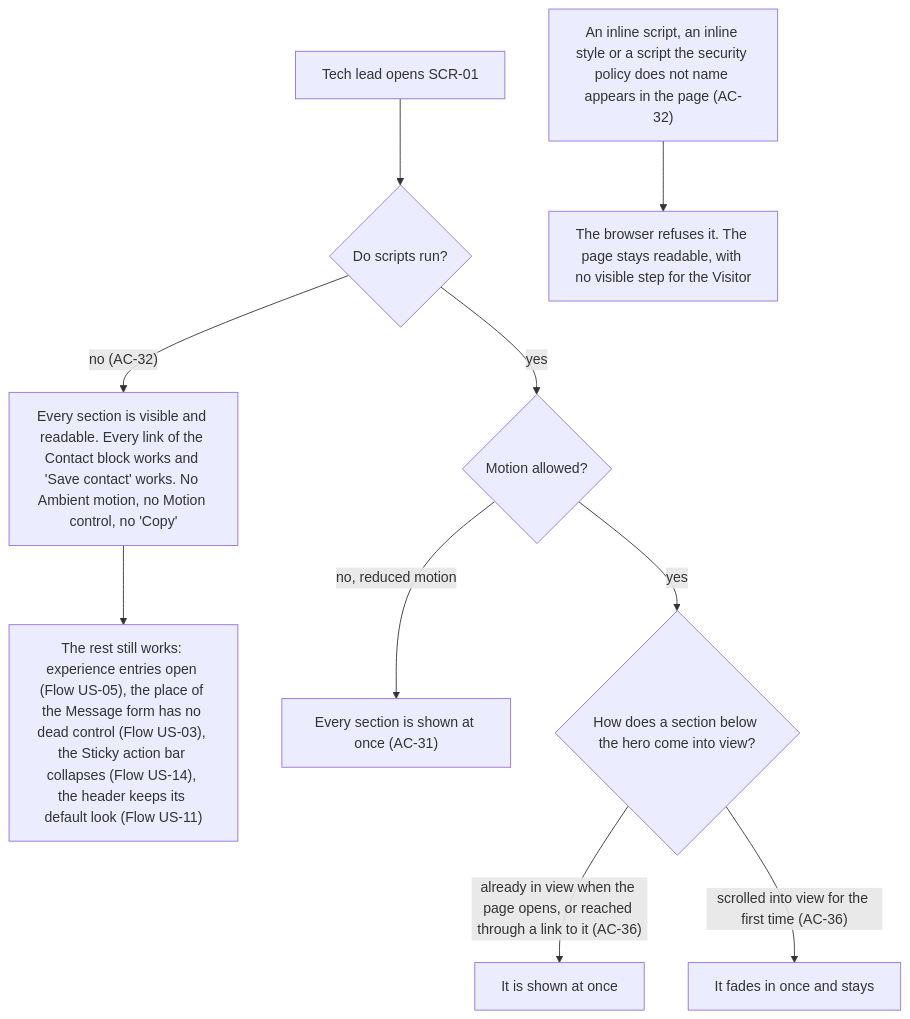
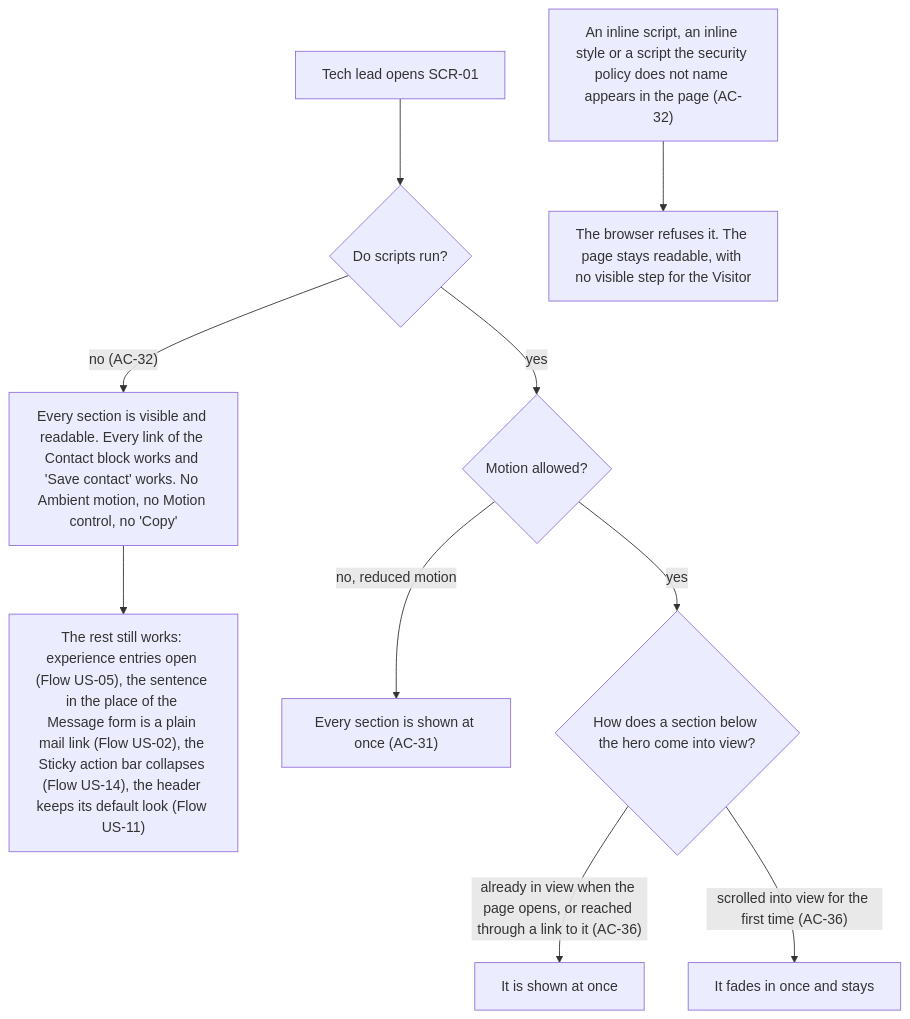
Before and after one commit to Ponomaleks/alpon.dev: the eighth of 10 diagrams in docs/features/home/ux-flows.md, drawn with Mermaid. The commit also changed other lines of this file and 2 other files, not shown here.

````diff
--- a/docs/features/home/ux-flows.md
+++ b/docs/features/home/ux-flows.md
@@ -220,12 +191,12 @@
 ```mermaid
 flowchart TD
     A["Tech lead opens SCR-01"] --> B{"Do scripts run?"}
     B -->|"no (AC-32)"| C["Every section is visible and readable. Every link of the Contact block works and 'Save contact' works. No Ambient motion, no Motion control, no 'Copy'"]
-    C --> C2["The rest still works: experience entries open (Flow US-05), the place of the Message form has no dead control (Flow US-03), the Sticky action bar collapses (Flow US-14), the header keeps its default look (Flow US-11)"]
+    C --> C2["The rest still works: experience entries open (Flow US-05), the sentence in the place of the Message form is a plain mail link (Flow US-02), the Sticky action bar collapses (Flow US-14), the header keeps its default look (Flow US-11)"]
     B -->|"yes"| D{"Motion allowed?"}
     D -->|"no, reduced motion"| E["Every section is shown at once (AC-31)"]
     D -->|"yes"| F{"How does a section below the hero come into view?"}
     F -->|"already in view when the page opens, or reached through a link to it (AC-36)"| G["It is shown at once"]
     F -->|"scrolled into view for the first time (AC-36)"| H["It fades in once and stays"]
     X["An inline script, an inline style or a script the security policy does not name appears in the page (AC-32)"] --> Y["The browser refuses it. The page stays readable, with no visible step for the Visitor"]
 ```
````
